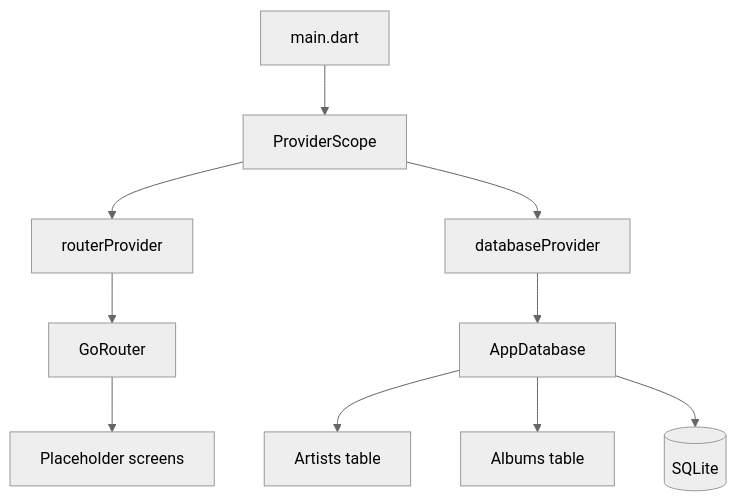
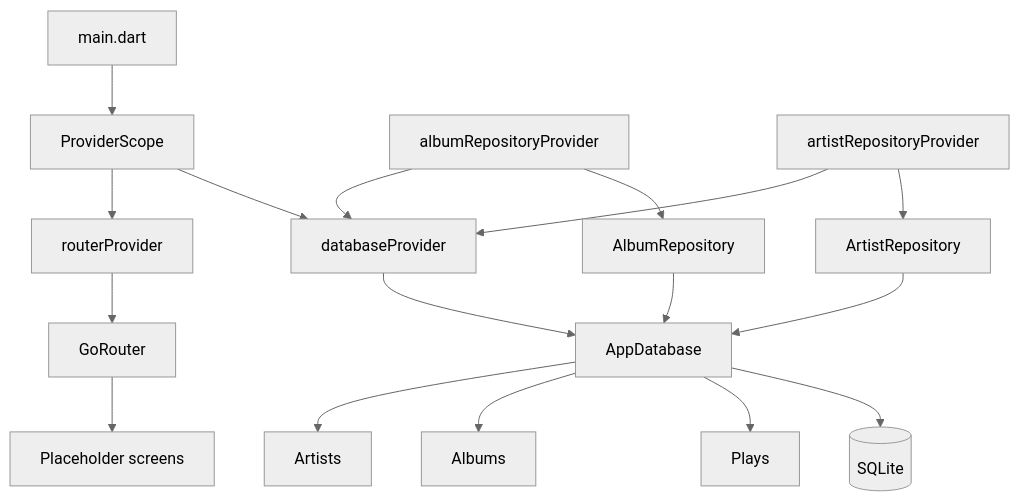
One commit to hunter-goller/Groovefolio changed the first of 2 diagrams in README.md. Above: the diagram before and after it, drawn with Mermaid (neutral theme). The commit also changed other lines of this file and 17 other files, not shown here.

First line of the commit message:
VinylApp-014: ArtistRepository (#22)

````diff
--- a/README.md
+++ b/README.md
@@ -93,23 +97,35 @@
 ```mermaid
 flowchart TD
     M[main.dart]
     PS[ProviderScope]
     RP[routerProvider]
     DP[databaseProvider]
+    ARP[albumRepositoryProvider]
+    AIP[artistRepositoryProvider]
     GR[GoRouter]
     Screens[Placeholder screens]
+    AR[AlbumRepository]
+    AIR[ArtistRepository]
     DB[AppDatabase]
-    Artists[Artists table]
-    Albums[Albums table]
+    Artists[Artists]
+    Albums[Albums]
+    Plays[Plays]
     SQLite[(SQLite)]
 
     M --> PS
     PS --> RP
     PS --> DP
     RP --> GR
     GR --> Screens
+    ARP --> DP
+    ARP --> AR
+    AIP --> DP
+    AIP --> AIR
+    AR --> DB
+    AIR --> DB
     DP --> DB
     DB --> Artists
     DB --> Albums
+    DB --> Plays
     DB --> SQLite
 ```
````
